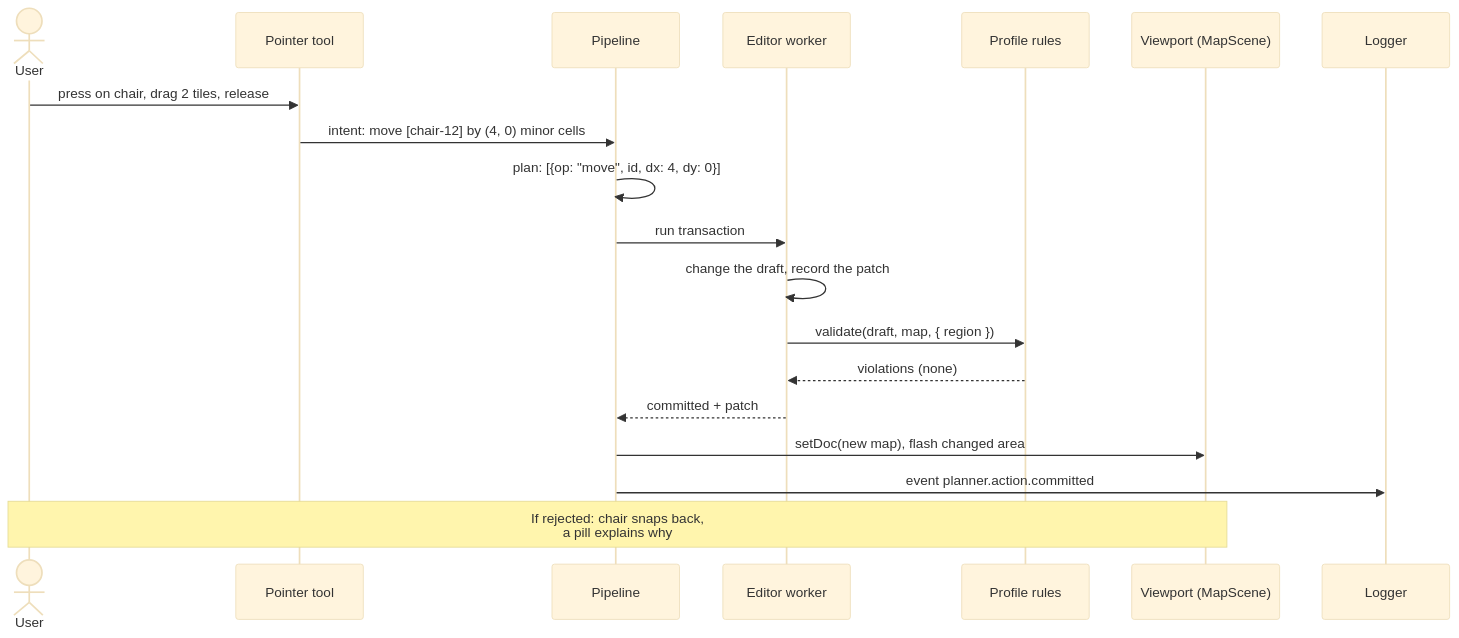
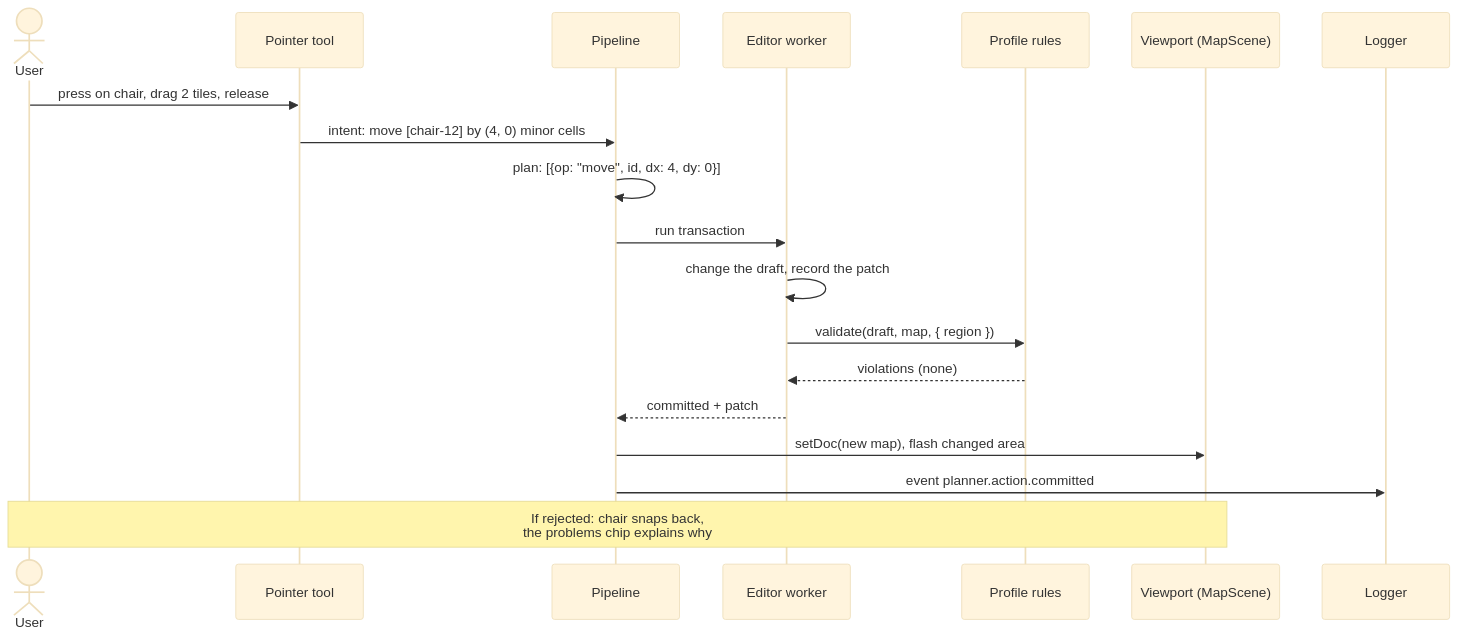
Before and after one commit to UmushiUmushi/Glade: the second of 2 diagrams in docs/architecture.md, drawn with Mermaid (base theme). The commit also changed other lines of this file and 19 other files, not shown here.

````diff
--- a/docs/architecture.md
+++ b/docs/architecture.md
@@ -179,21 +182,21 @@
 ```mermaid
 sequenceDiagram
     actor U as User
     participant T as Pointer tool
     participant P as Pipeline
     participant W as Editor worker
     participant R as Profile rules
     participant S as Viewport (MapScene)
     participant L as Logger
     U->>T: press on chair, drag 2 tiles, release
     T->>P: intent: move [chair-12] by (4, 0) minor cells
     P->>P: plan: [{op: "move", id, dx: 4, dy: 0}]
     P->>W: run transaction
     W->>W: change the draft, record the patch
     W->>R: validate(draft, map, { region })
     R-->>W: violations (none)
     W-->>P: committed + patch
     P->>S: setDoc(new map), flash changed area
     P->>L: event planner.action.committed
-    Note over U,S: If rejected: chair snaps back,<br/>a pill explains why
+    Note over U,S: If rejected: chair snaps back,<br/>the problems chip explains why
 ```
````
